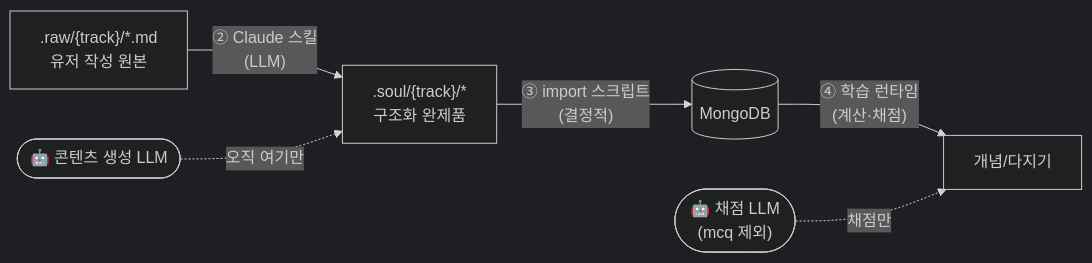
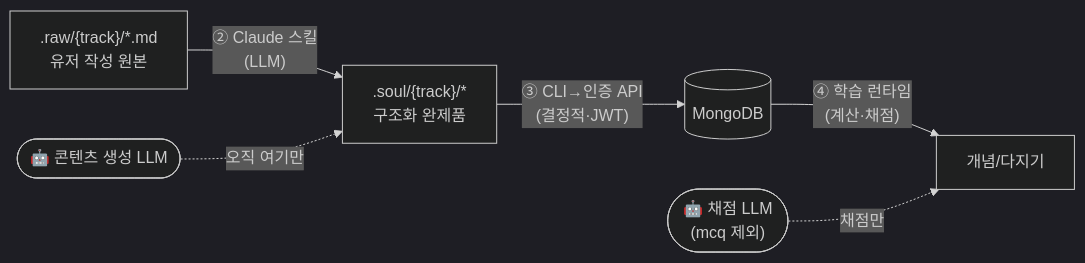
The diagram in docs/data-pipeline.md (genie49/study-anything), drawn with Mermaid (dark theme) before and after one commit. The commit also changed other lines of this file and 5 other files, not shown here.

````diff
--- a/docs/data-pipeline.md
+++ b/docs/data-pipeline.md
@@ -23,8 +23,8 @@
 ```mermaid
 flowchart LR
   RAW[".raw/{track}/*.md<br/>유저 작성 원본"] -->|"② Claude 스킬<br/>(LLM)"| SOUL[".soul/{track}/*<br/>구조화 완제품"]
-  SOUL -->|"③ import 스크립트<br/>(결정적)"| DB[("MongoDB")]
+  SOUL -->|"③ CLI→인증 API<br/>(결정적·JWT)"| DB[("MongoDB")]
   DB -->|"④ 학습 런타임<br/>(계산·채점)"| APP["개념/다지기"]
   GEN(["🤖 콘텐츠 생성 LLM"]) -.오직 여기만.-> SOUL
   JUDGE(["🤖 채점 LLM<br/>(mcq 제외)"]) -.채점만.-> APP
 ```
````
